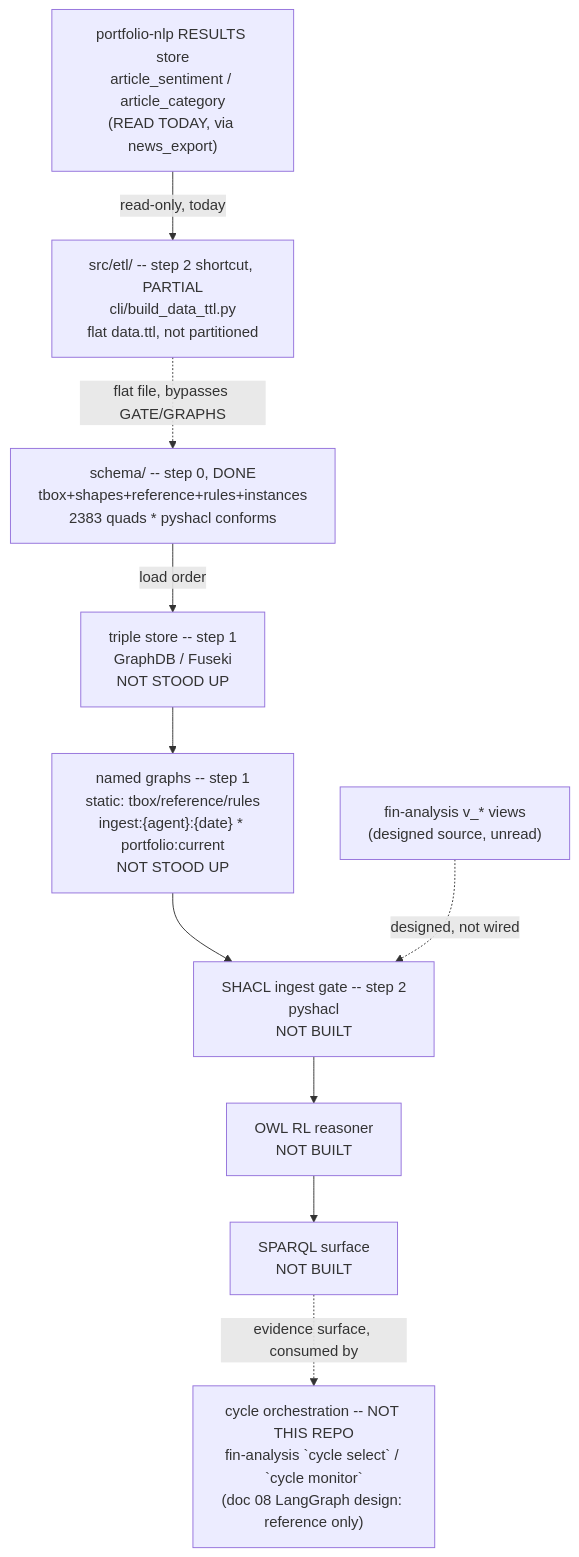
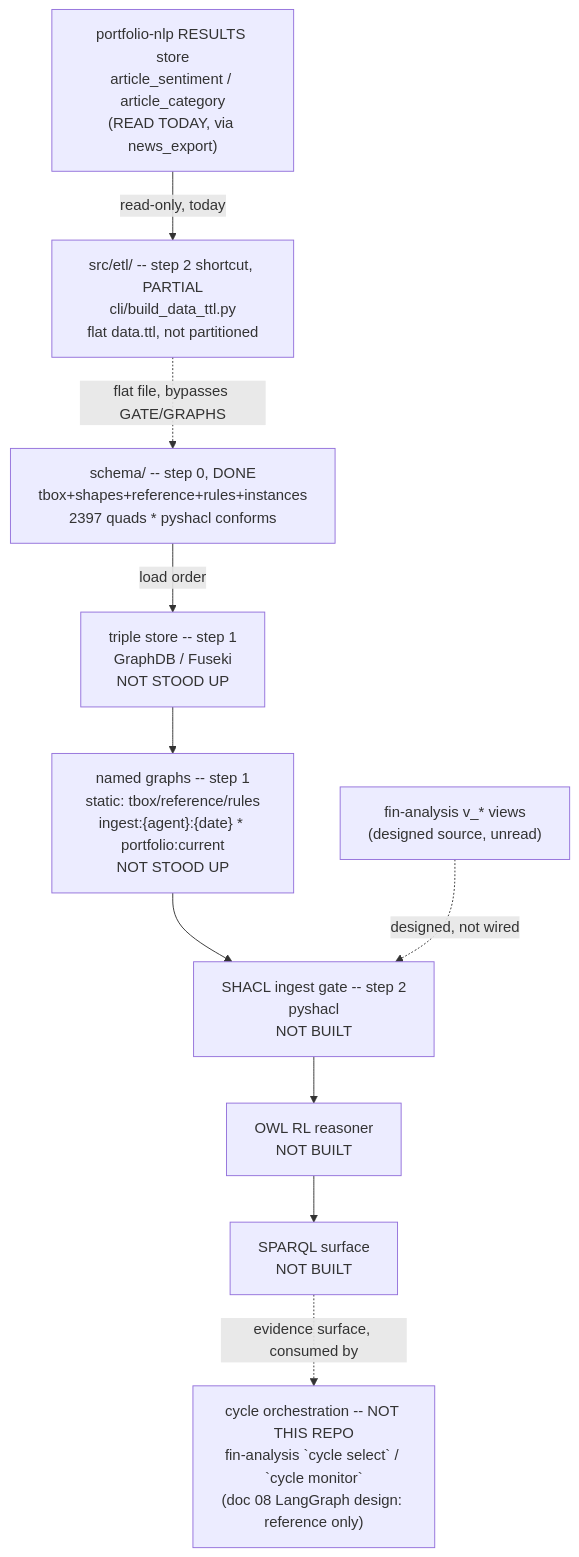
One commit to gamug/portfolio-knowledge-graph changed the diagram in .specify/memory/SPEC.md. Above: the diagram before and after it, drawn with Mermaid. The commit also changed other lines of this file and 7 other files, not shown here.

First line of the commit message:
fix(schema): accept rawValue-only Sentiment snapshots in ScoreSnapshotShape (T-080–T-083)

````diff
--- a/.specify/memory/SPEC.md
+++ b/.specify/memory/SPEC.md
@@ -331,20 +331,20 @@
 ```mermaid
 flowchart TB
-    SCHEMA["schema/ -- step 0, DONE<br/>tbox+shapes+reference+rules+instances<br/>2383 quads * pyshacl conforms"]
+    SCHEMA["schema/ -- step 0, DONE<br/>tbox+shapes+reference+rules+instances<br/>2397 quads * pyshacl conforms"]
     STORE["triple store -- step 1<br/>GraphDB / Fuseki<br/>NOT STOOD UP"]
     GRAPHS["named graphs -- step 1<br/>static: tbox/reference/rules<br/>ingest:{agent}:{date} * portfolio:current<br/>NOT STOOD UP"]
     GATE["SHACL ingest gate -- step 2<br/>pyshacl<br/>NOT BUILT"]
     FIN["fin-analysis v_* views<br/>(designed source, unread)"]
     NLPRES["portfolio-nlp RESULTS store<br/>article_sentiment / article_category<br/>(READ TODAY, via news_export)"]
     ETL["src/etl/ -- step 2 shortcut, PARTIAL<br/>cli/build_data_ttl.py<br/>flat data.ttl, not partitioned"]
     REASON["OWL RL reasoner<br/>NOT BUILT"]
     SPARQL["SPARQL surface<br/>NOT BUILT"]
     AGENTS["cycle orchestration -- NOT THIS REPO<br/>fin-analysis `cycle select` / `cycle monitor`<br/>(doc 08 LangGraph design: reference only)"]
 
     SCHEMA -->|load order| STORE --> GRAPHS --> GATE
     FIN -.->|designed, not wired| GATE
     NLPRES -->|read-only, today| ETL
     ETL -.->|flat file, bypasses GATE/GRAPHS| SCHEMA
     GATE --> REASON --> SPARQL
     SPARQL -.->|evidence surface, consumed by| AGENTS
 ```
````
